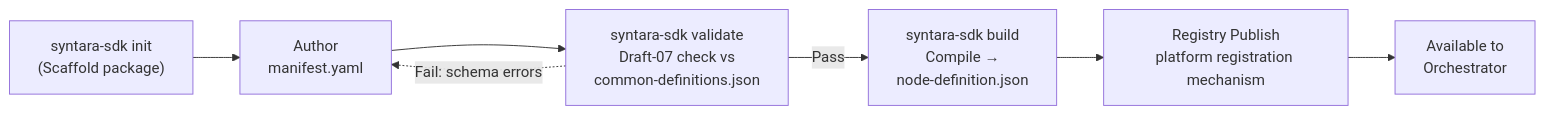
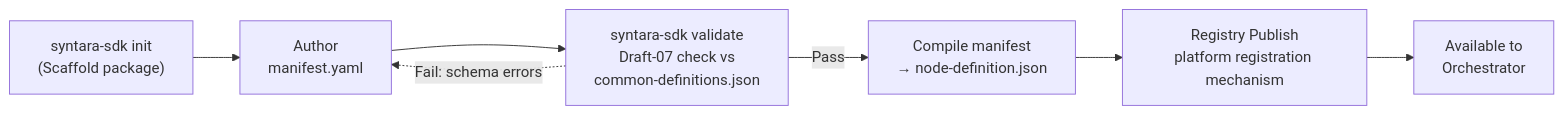
Before and after one commit to syntara-orchestration/syntara-node-sdk: the second of 7 diagrams in docs/architecture.md, drawn with Mermaid. The commit also changed other lines of this file and 5 other files, not shown here.

Commit message:
docs: add control plane execution diagrams for nodes and refine credential spec

````diff
--- a/docs/architecture.md
+++ b/docs/architecture.md
@@ -207,16 +242,16 @@
 ```mermaid
 graph LR
     INIT["syntara-sdk init<br/>(Scaffold package)"]
     AUTHOR["Author<br/>manifest.yaml"]
     VALIDATE["syntara-sdk validate<br/>Draft-07 check vs<br/>common-definitions.json"]
-    BUILD["syntara-sdk build<br/>Compile →<br/>node-definition.json"]
+    BUILD["Compile manifest<br/>→ node-definition.json"]
     PUBLISH["Registry Publish<br/>platform registration mechanism"]
     HANDOFF["Available to<br/>Orchestrator"]
 
     INIT --> AUTHOR
     AUTHOR --> VALIDATE
     VALIDATE -->|Pass| BUILD
     VALIDATE -.->|Fail: schema errors| AUTHOR
     BUILD --> PUBLISH
     PUBLISH --> HANDOFF
 ```
````
